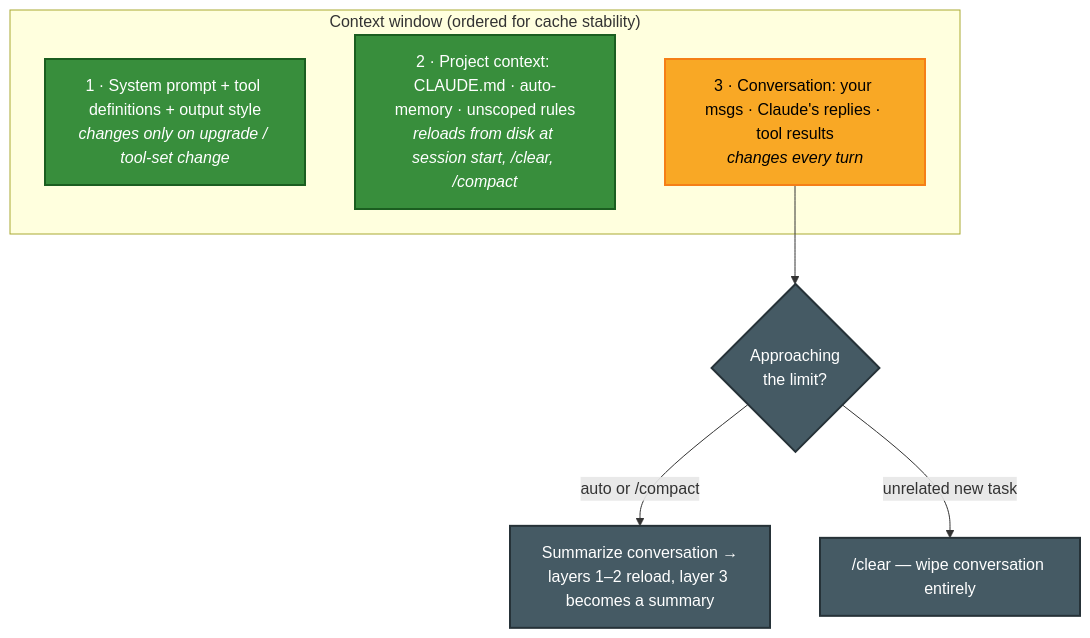
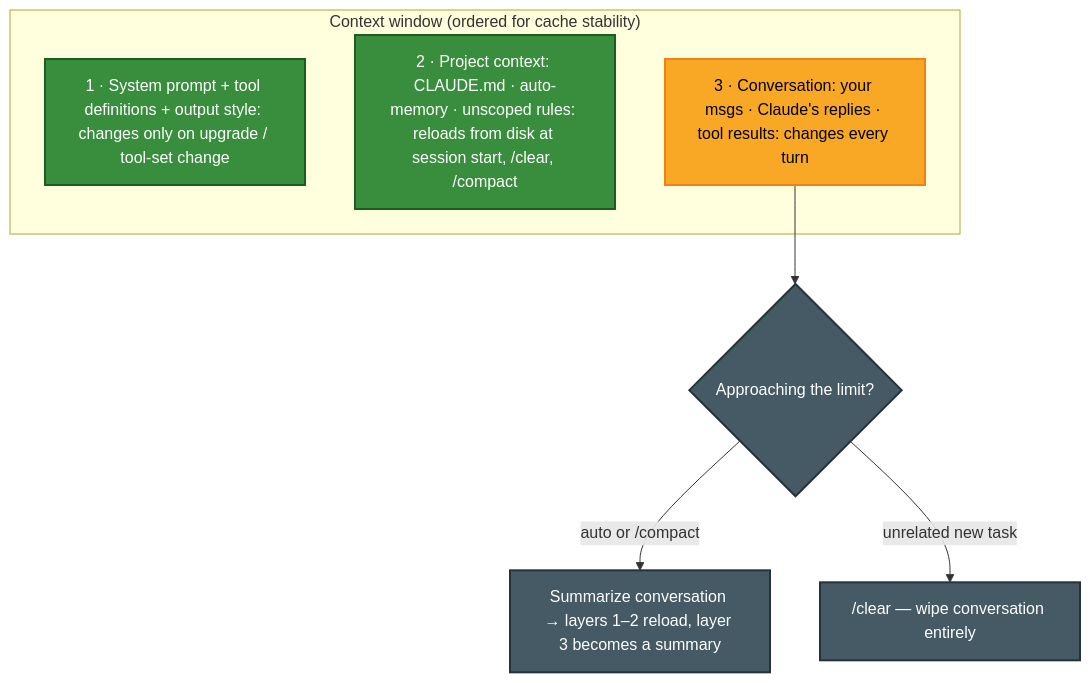
Before and after one commit to parmar-m/claude-architect-certification-prep: the fourth of 5 diagrams in CCA-F/domains/d5-context-reliability.md, drawn with Mermaid. The commit also changed other lines of this file and 25 other files, not shown here.

````diff
--- a/CCA-F/domains/d5-context-reliability.md
+++ b/CCA-F/domains/d5-context-reliability.md
@@ -142,17 +142,17 @@
 ```mermaid
 flowchart TD
     subgraph W["Context window (ordered for cache stability)"]
-        SYS["1 · System prompt + tool definitions + output style<br/><i>changes only on upgrade / tool-set change</i>"]
-        PROJ["2 · Project context: CLAUDE.md · auto-memory · unscoped rules<br/><i>reloads from disk at session start, /clear, /compact</i>"]
-        CONV["3 · Conversation: your msgs · Claude's replies · tool results<br/><i>changes every turn</i>"]
+        SYS["1 · System prompt + tool definitions + output style: changes only on upgrade / tool-set change"]
+        PROJ["2 · Project context: CLAUDE.md · auto-memory · unscoped rules: reloads from disk at session start, /clear, /compact"]
+        CONV["3 · Conversation: your msgs · Claude's replies · tool results: changes every turn"]
     end
-    CONV --> FULL{"Approaching<br/>the limit?"}
-    FULL -- auto or /compact --> SUM["Summarize conversation →<br/>layers 1–2 reload, layer 3 becomes a summary"]
+    CONV --> FULL{"Approaching the limit?"}
+    FULL -- auto or /compact --> SUM["Summarize conversation → layers 1–2 reload, layer 3 becomes a summary"]
     FULL -- unrelated new task --> CLR["/clear — wipe conversation entirely"]
     classDef stable fill:#388E3C,color:#fff,stroke:#1B5E20,stroke-width:2px
     classDef vol fill:#F9A825,color:#000,stroke:#F57F17,stroke-width:2px
     classDef act fill:#455A64,color:#fff,stroke:#263238,stroke-width:2px
     class SYS,PROJ stable
     class CONV vol
     class SUM,CLR,FULL act
 ```
````
